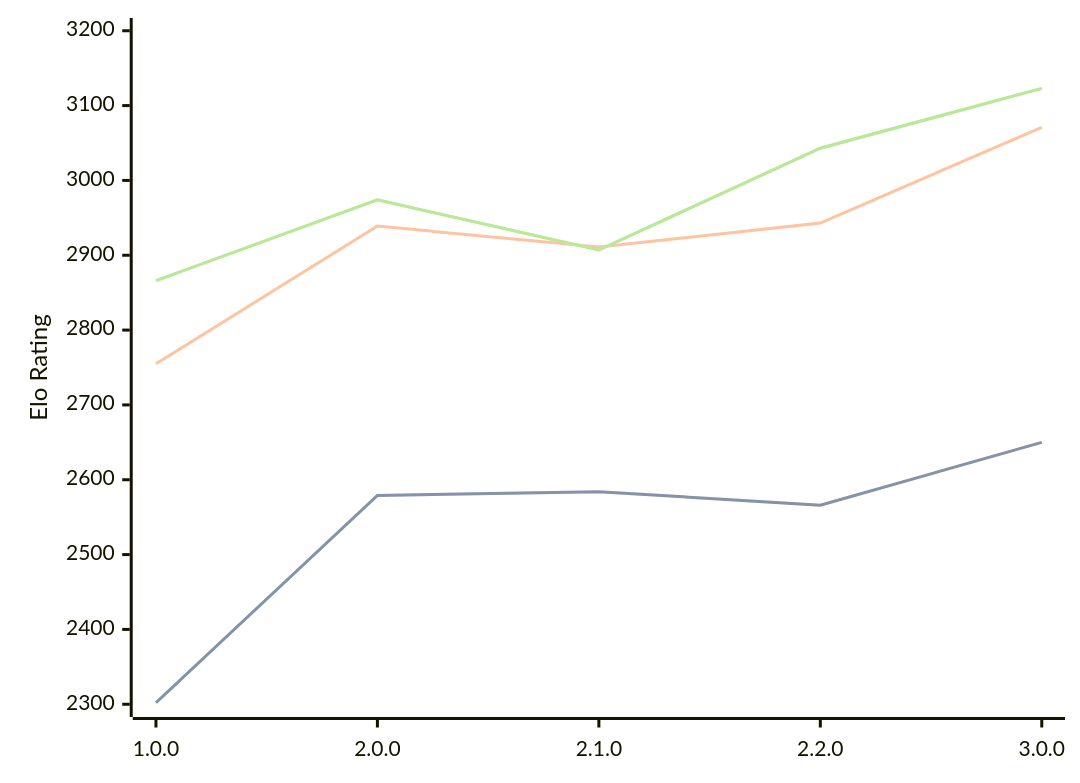
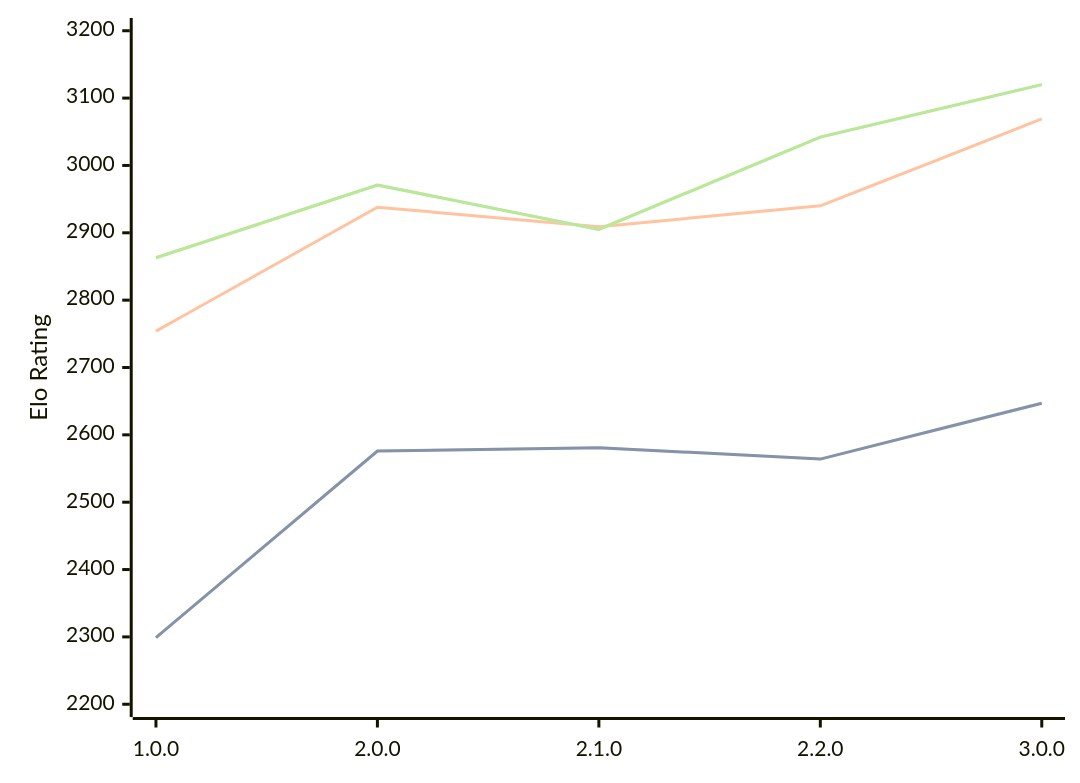
One commit to computer-chess-index/cci changed the diagram in engines/Catalyst.md. Above: the diagram before and after it, drawn with Mermaid. The commit also changed other lines of this file, not shown here.

Commit message:
Update CCI Ratings (ELO VLTC) - 2026-08-12

````diff
--- a/engines/Catalyst.md
+++ b/engines/Catalyst.md
@@ -36,11 +36,11 @@
 ```mermaid
 %%{init: {"theme":"base","themeVariables":{"seriesColors:['#a3a3a3','#222221','#faa371']}}}%%
 xychart-beta
   x-axis ["1.0.0", "2.0.0", "2.1.0", "2.2.0", "3.0.0"]
-  y-axis "Elo Rating" 2300 --> 3200
-  line "STC (8.0+0.08s)" [2302, 2579, 2584, 2566, 2650]
-  line "STC (8.0+0.08s)" [2302, 2579, 2584, 2566, 2650]
-  line "LTC (60.0+0.60s)" [2755, 2939, 2911, 2943, 3071]
-  line "VLTC (2m24s+1.12s)" [2866, 2974, 2907, 3043, 3123]
-  line "VLTC (2m24s+1.12s)" [2866, 2974, 2907, 3043, 3123]
+  y-axis "Elo Rating" 2200 --> 3200
+  line "STC (8.0+0.08s)" [2299, 2576, 2581, 2564, 2647]
+  line "STC (8.0+0.08s)" [2299, 2576, 2581, 2564, 2647]
+  line "LTC (60.0+0.60s)" [2754, 2938, 2909, 2940, 3069]
+  line "VLTC (2m24s+1.12s)" [2863, 2971, 2905, 3042, 3120]
+  line "VLTC (2m24s+1.12s)" [2863, 2971, 2905, 3042, 3120]
 ```
````
